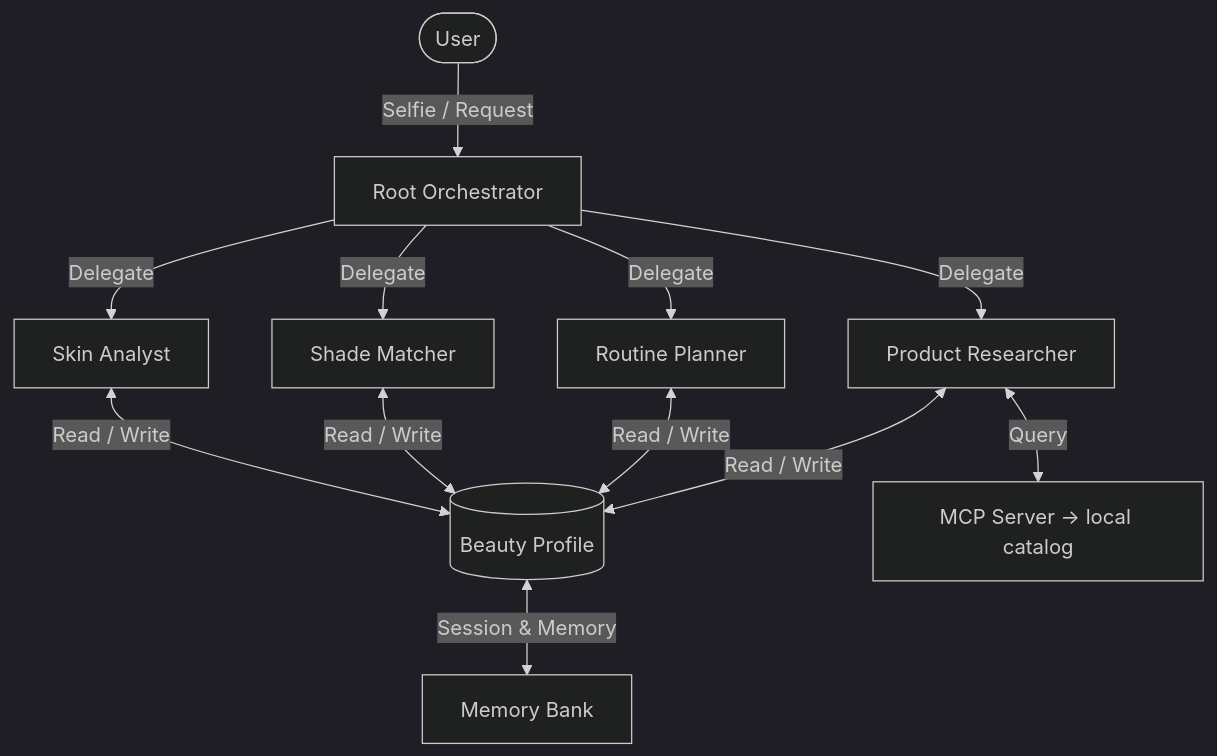
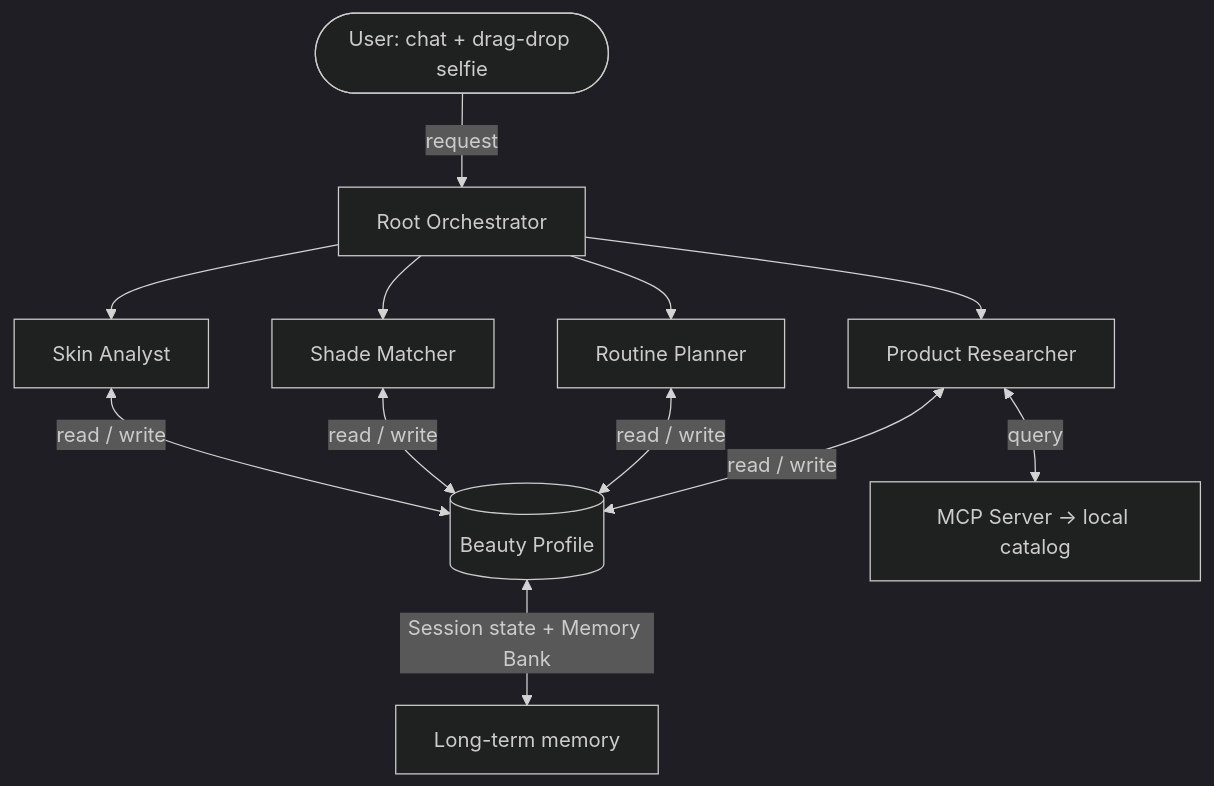
Before and after one commit to lailabasyouni1000-cyber/jamalek: the diagram in README.md, drawn with Mermaid (dark theme). The commit also changed other lines of this file, not shown here.

````diff
--- a/README.md
+++ b/README.md
@@ -19,17 +25,16 @@
 ```mermaid
 graph TD
-    User([User]) -->|Selfie / Request| Root[Root Orchestrator]
-    Root -->|Delegate| SA[Skin Analyst]
-    Root -->|Delegate| SM[Shade Matcher]
-    Root -->|Delegate| RP[Routine Planner]
-    Root -->|Delegate| PR[Product Researcher]
-
-    SA <-->|Read / Write| Profile[(Beauty Profile)]
-    SM <-->|Read / Write| Profile
-    RP <-->|Read / Write| Profile
-    PR <-->|Read / Write| Profile
-
-    Profile <-->|Session & Memory| MB[Memory Bank]
-
-    PR <-->|Query| MCP[MCP Server -> local catalog]
+    User([User: chat + drag-drop selfie]) -->|request| Root[Root Orchestrator]
+    Root --> SA[Skin Analyst]
+    Root --> SM[Shade Matcher]
+    Root --> RP[Routine Planner]
+    Root --> PR[Product Researcher]
+ 
+    SA <-->|read / write| Profile[(Beauty Profile)]
+    SM <-->|read / write| Profile
+    RP <-->|read / write| Profile
+    PR <-->|read / write| Profile
+ 
+    Profile <-->|Session state + Memory Bank| MB[Long-term memory]
+    PR <-->|query| MCP[MCP Server -> local catalog]
 ```
````
